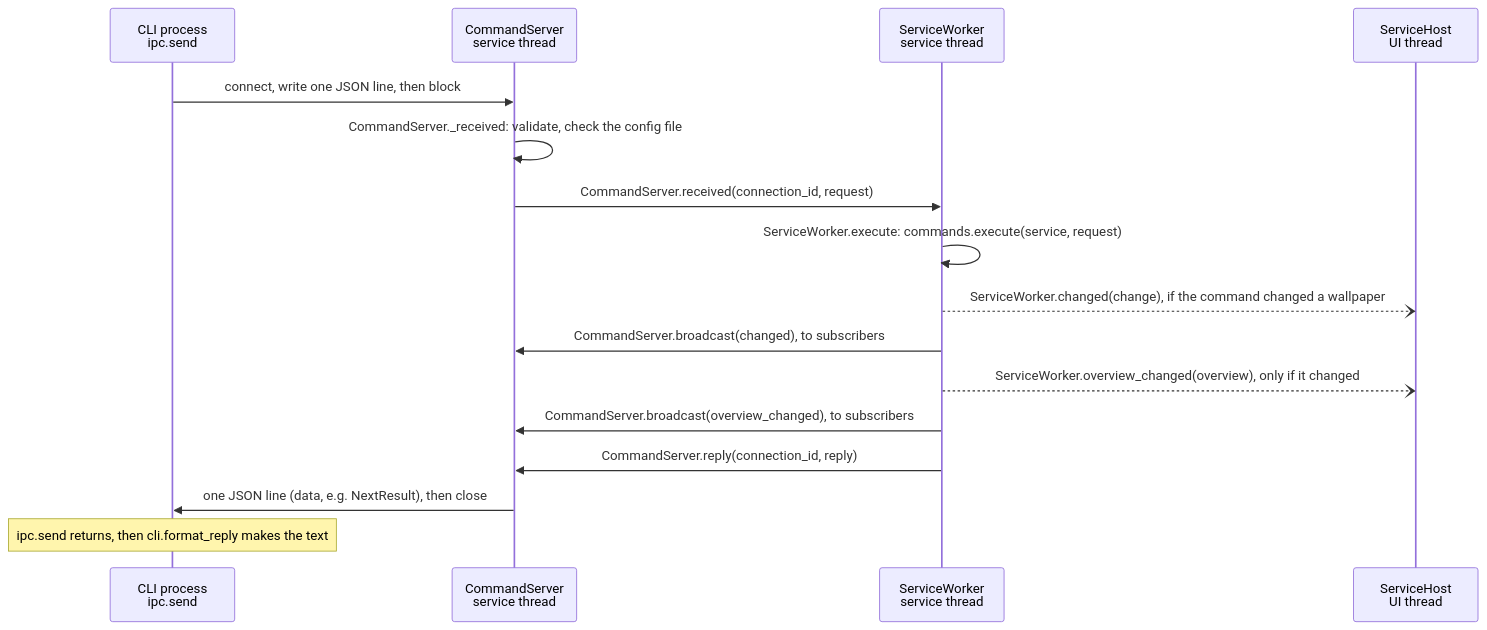
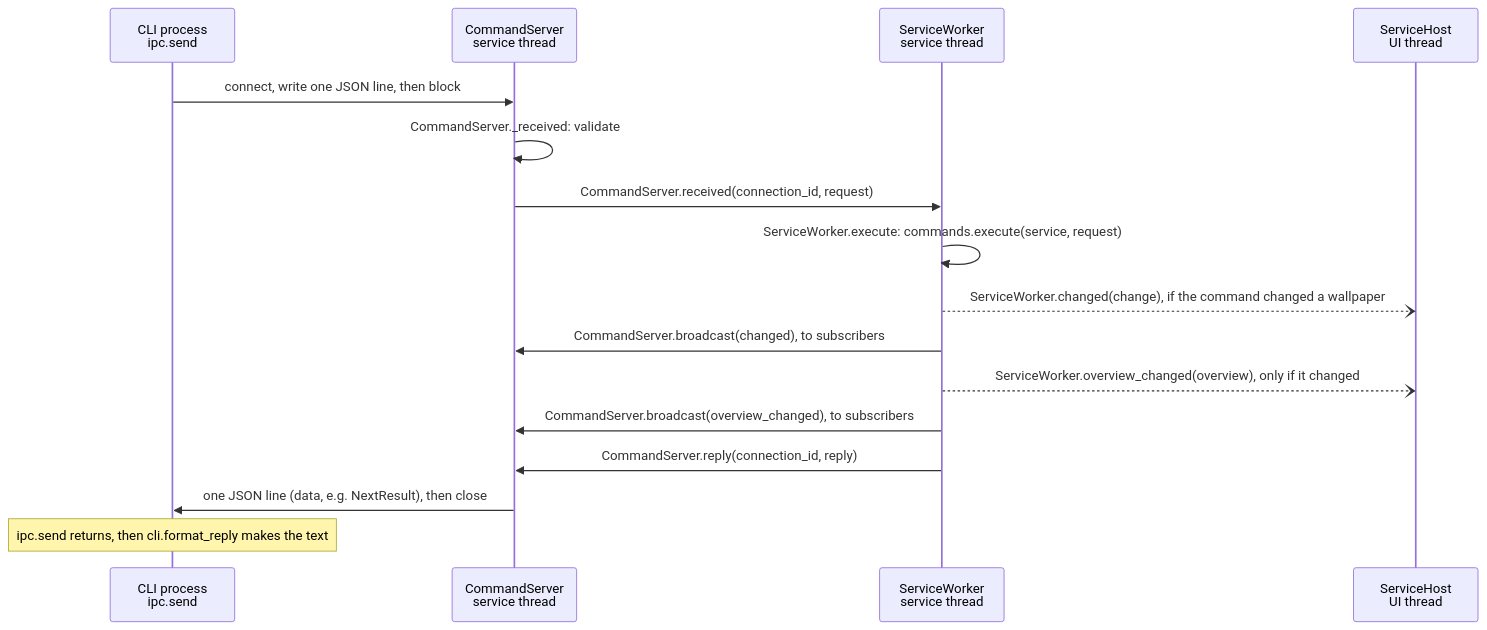
The second of 7 diagrams in docs/app-wiring.md (cheshire0xff/wallpaper_py), drawn with Mermaid before and after one commit. The commit also changed other lines of this file and 60 other files, not shown here.

````diff
--- a/docs/app-wiring.md
+++ b/docs/app-wiring.md
@@ -199,19 +193,19 @@
 ```mermaid
 sequenceDiagram
     participant CLI as CLI process<br/>ipc.send
     participant S as CommandServer<br/>service thread
     participant W as ServiceWorker<br/>service thread
     participant H as ServiceHost<br/>UI thread
 
     CLI->>S: connect, write one JSON line, then block
-    S->>S: CommandServer._received: validate, check the config file
+    S->>S: CommandServer._received: validate
     S->>W: CommandServer.received(connection_id, request)
     W->>W: ServiceWorker.execute: commands.execute(service, request)
     W--)H: ServiceWorker.changed(change), if the command changed a wallpaper
     W->>S: CommandServer.broadcast(changed), to subscribers
     W--)H: ServiceWorker.overview_changed(overview), only if it changed
     W->>S: CommandServer.broadcast(overview_changed), to subscribers
     W->>S: CommandServer.reply(connection_id, reply)
     S->>CLI: one JSON line (data, e.g. NextResult), then close
     Note over CLI: ipc.send returns, then cli.format_reply makes the text
 ```
````
